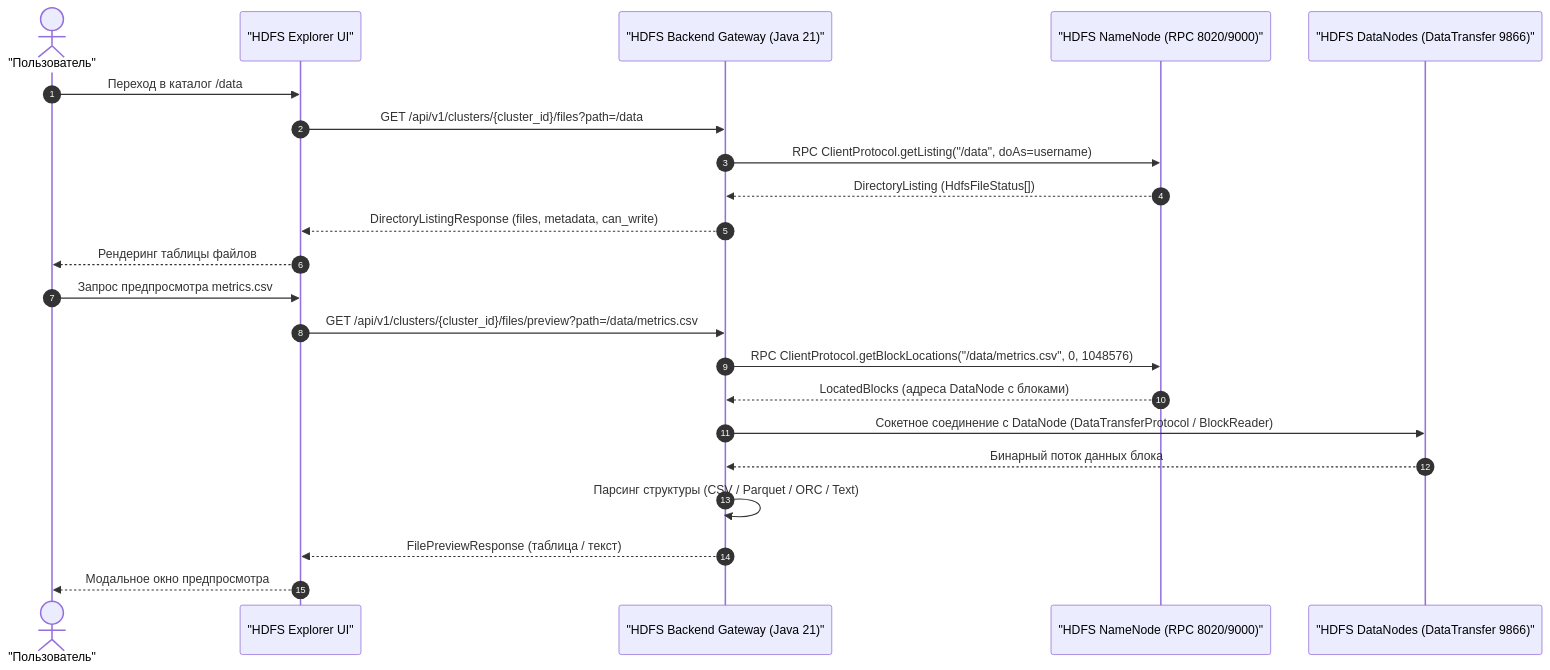
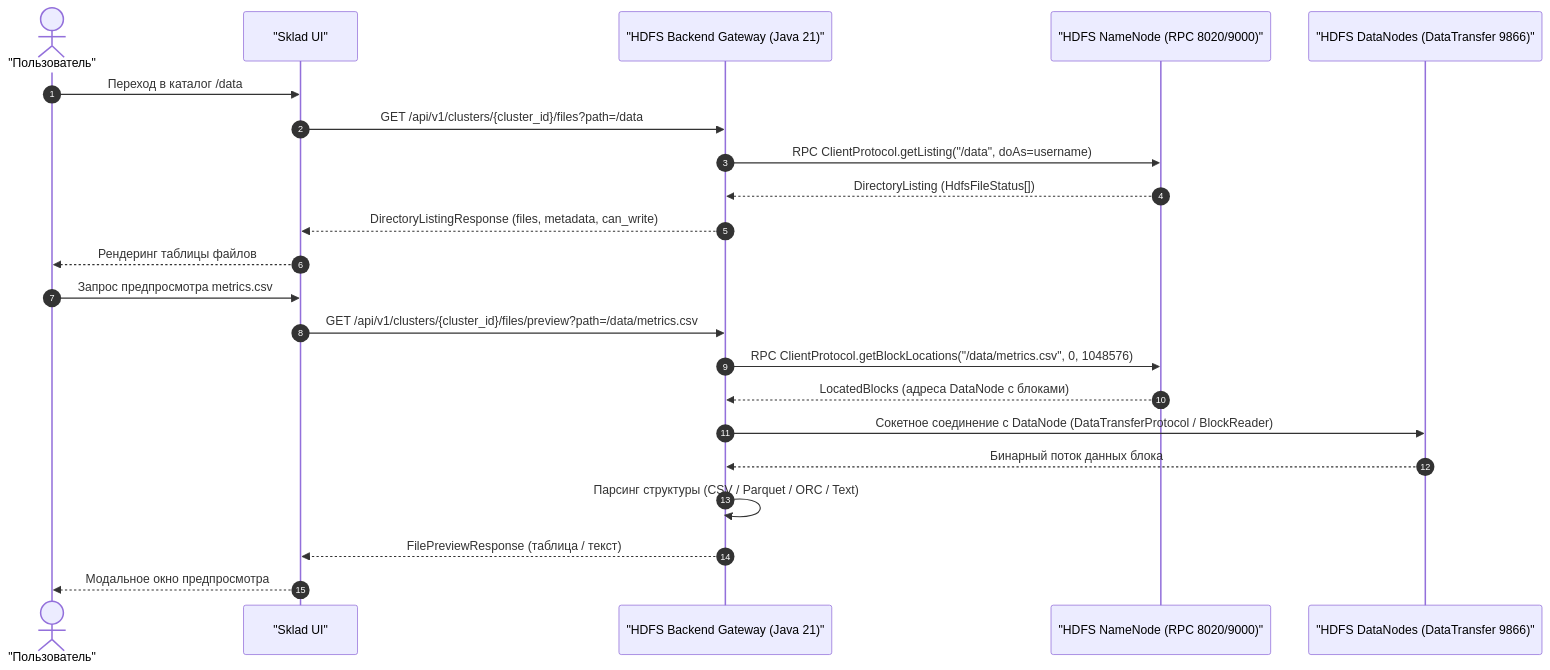
One commit to balookrd/hadoop-explorer changed the second of 2 diagrams in docs/hdfs-user-guide.md. Above: the diagram before and after it, drawn with Mermaid. The commit also changed other lines of this file and 197 other files, not shown here.

Commit message:
refactor!: rename HDFS Explorer service to Sklad

````diff
--- a/docs/hdfs-user-guide.md
+++ b/docs/hdfs-user-guide.md
@@ -70,26 +70,26 @@
 ```mermaid
 sequenceDiagram
     autonumber
     actor U as "Пользователь"
-    participant UI as "HDFS Explorer UI"
+    participant UI as "Sklad UI"
     participant BE as "HDFS Backend Gateway (Java 21)"
     participant NN as "HDFS NameNode (RPC 8020/9000)"
     participant DN as "HDFS DataNodes (DataTransfer 9866)"
 
     U->>UI: Переход в каталог /data
     UI->>BE: GET /api/v1/clusters/{cluster_id}/files?path=/data
     BE->>NN: RPC ClientProtocol.getListing("/data", doAs=username)
     NN-->>BE: DirectoryListing (HdfsFileStatus[])
     BE-->>UI: DirectoryListingResponse (files, metadata, can_write)
     UI-->>U: Рендеринг таблицы файлов
 
     U->>UI: Запрос предпросмотра metrics.csv
     UI->>BE: GET /api/v1/clusters/{cluster_id}/files/preview?path=/data/metrics.csv
     BE->>NN: RPC ClientProtocol.getBlockLocations("/data/metrics.csv", 0, 1048576)
     NN-->>BE: LocatedBlocks (адреса DataNode с блоками)
     BE->>DN: Сокетное соединение с DataNode (DataTransferProtocol / BlockReader)
     DN-->>BE: Бинарный поток данных блока
     BE->>BE: Парсинг структуры (CSV / Parquet / ORC / Text)
     BE-->>UI: FilePreviewResponse (таблица / текст)
     UI-->>U: Модальное окно предпросмотра
 ```
````
